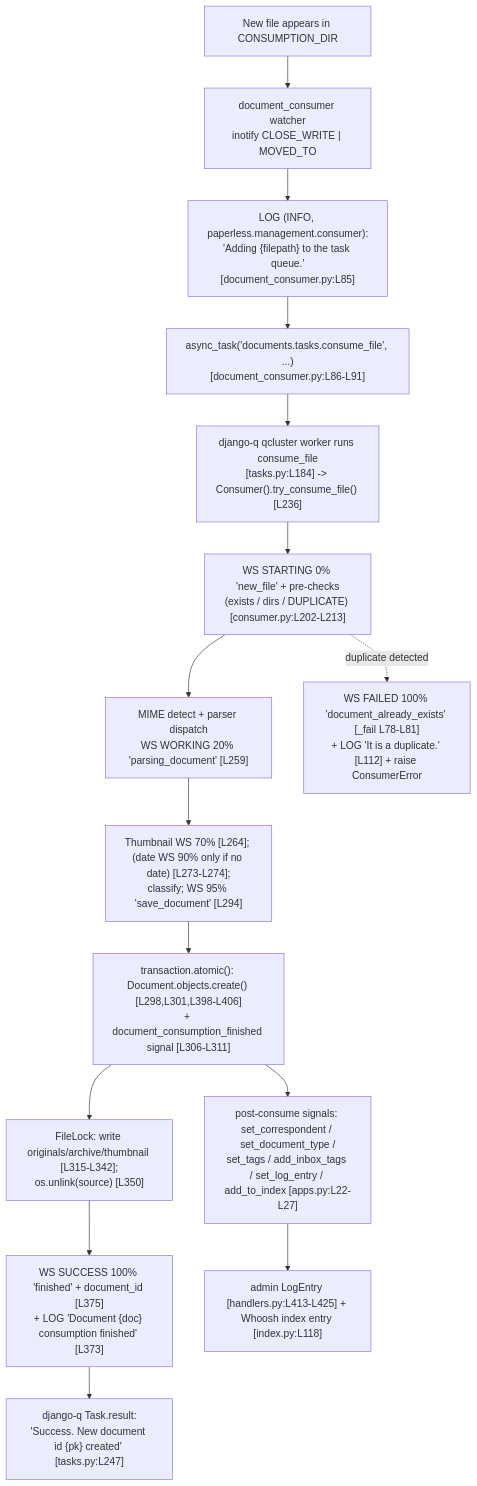
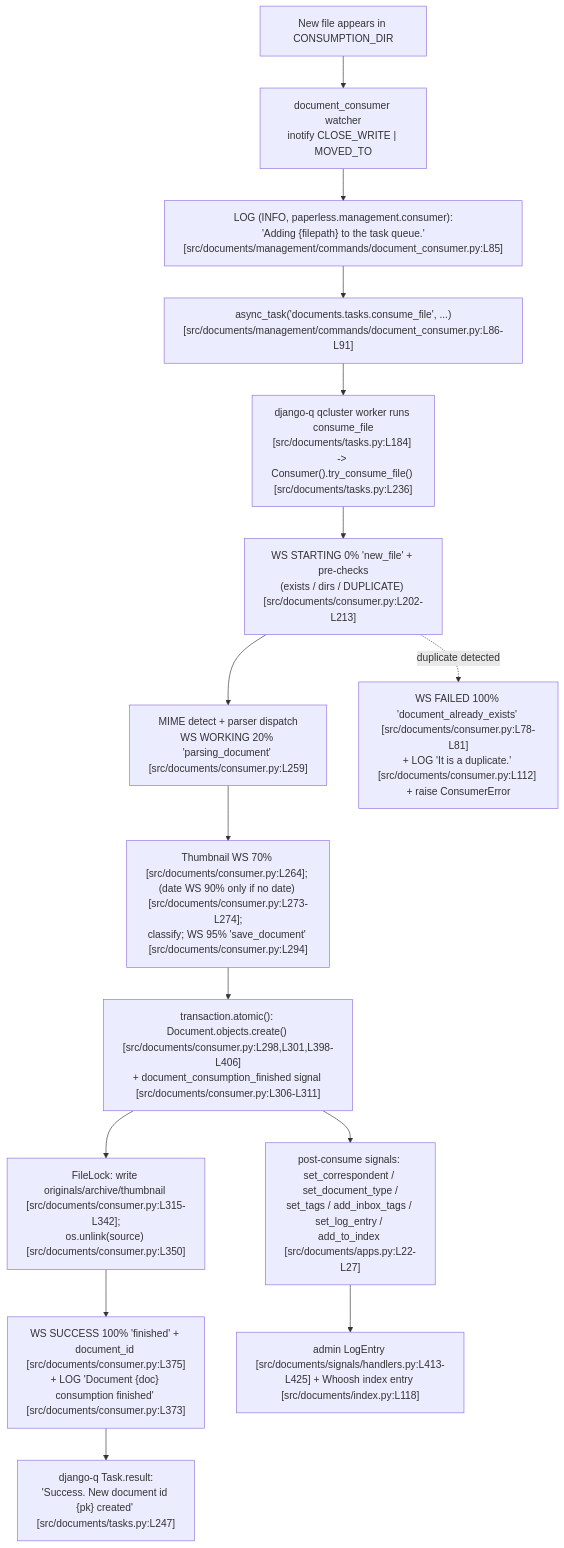
Before and after one commit to blitzy-research/paperless-ngx: the diagram in blitzy/documentation/paperless-ngx_542221a38dff.md, drawn with Mermaid. The commit also changed other lines of this file, not shown here.

First line of the commit message:
docs(blitzy): address code-review findings on Paperless-NGX ingestion Q&A

````diff
--- a/blitzy/documentation/paperless-ngx_542221a38dff.md
+++ b/blitzy/documentation/paperless-ngx_542221a38dff.md
@@ -55,17 +56,17 @@
 ```mermaid
 flowchart TD
     A["New file appears in CONSUMPTION_DIR"] --> B["document_consumer watcher<br/>inotify CLOSE_WRITE | MOVED_TO"]
-    B --> C["LOG (INFO, paperless.management.consumer):<br/>'Adding {filepath} to the task queue.'<br/>[document_consumer.py:L85]"]
-    C --> D["async_task('documents.tasks.consume_file', ...)<br/>[document_consumer.py:L86-L91]"]
-    D --> E["django-q qcluster worker runs consume_file<br/>[tasks.py:L184] -> Consumer().try_consume_file() [L236]"]
-    E --> F["WS STARTING 0% 'new_file' + pre-checks<br/>(exists / dirs / DUPLICATE) [consumer.py:L202-L213]"]
-    F --> G["MIME detect + parser dispatch<br/>WS WORKING 20% 'parsing_document' [L259]"]
-    G --> H["Thumbnail WS 70% [L264]; (date WS 90% only if no date) [L273-L274];<br/>classify; WS 95% 'save_document' [L294]"]
-    H --> I["transaction.atomic(): Document.objects.create() [L298,L301,L398-L406]<br/>+ document_consumption_finished signal [L306-L311]"]
-    I --> J["FileLock: write originals/archive/thumbnail [L315-L342];<br/>os.unlink(source) [L350]"]
-    J --> K["WS SUCCESS 100% 'finished' + document_id [L375]<br/>+ LOG 'Document {doc} consumption finished' [L373]"]
-    K --> L["django-q Task.result:<br/>'Success. New document id {pk} created' [tasks.py:L247]"]
-    I --> M["post-consume signals: set_correspondent / set_document_type /<br/>set_tags / add_inbox_tags / set_log_entry / add_to_index [apps.py:L22-L27]"]
-    M --> N["admin LogEntry [handlers.py:L413-L425] + Whoosh index entry [index.py:L118]"]
-    F -.->|duplicate detected| P["WS FAILED 100% 'document_already_exists' [_fail L78-L81]<br/>+ LOG 'It is a duplicate.' [L112] + raise ConsumerError"]
+    B --> C["LOG (INFO, paperless.management.consumer):<br/>'Adding {filepath} to the task queue.'<br/>[src/documents/management/commands/document_consumer.py:L85]"]
+    C --> D["async_task('documents.tasks.consume_file', ...)<br/>[src/documents/management/commands/document_consumer.py:L86-L91]"]
+    D --> E["django-q qcluster worker runs consume_file<br/>[src/documents/tasks.py:L184] -> Consumer().try_consume_file() [src/documents/tasks.py:L236]"]
+    E --> F["WS STARTING 0% 'new_file' + pre-checks<br/>(exists / dirs / DUPLICATE) [src/documents/consumer.py:L202-L213]"]
+    F --> G["MIME detect + parser dispatch<br/>WS WORKING 20% 'parsing_document' [src/documents/consumer.py:L259]"]
+    G --> H["Thumbnail WS 70% [src/documents/consumer.py:L264]; (date WS 90% only if no date) [src/documents/consumer.py:L273-L274];<br/>classify; WS 95% 'save_document' [src/documents/consumer.py:L294]"]
+    H --> I["transaction.atomic(): Document.objects.create() [src/documents/consumer.py:L298,L301,L398-L406]<br/>+ document_consumption_finished signal [src/documents/consumer.py:L306-L311]"]
+    I --> J["FileLock: write originals/archive/thumbnail [src/documents/consumer.py:L315-L342];<br/>os.unlink(source) [src/documents/consumer.py:L350]"]
+    J --> K["WS SUCCESS 100% 'finished' + document_id [src/documents/consumer.py:L375]<br/>+ LOG 'Document {doc} consumption finished' [src/documents/consumer.py:L373]"]
+    K --> L["django-q Task.result:<br/>'Success. New document id {pk} created' [src/documents/tasks.py:L247]"]
+    I --> M["post-consume signals: set_correspondent / set_document_type /<br/>set_tags / add_inbox_tags / set_log_entry / add_to_index [src/documents/apps.py:L22-L27]"]
+    M --> N["admin LogEntry [src/documents/signals/handlers.py:L413-L425] + Whoosh index entry [src/documents/index.py:L118]"]
+    F -.->|duplicate detected| P["WS FAILED 100% 'document_already_exists' [src/documents/consumer.py:L78-L81]<br/>+ LOG 'It is a duplicate.' [src/documents/consumer.py:L112] + raise ConsumerError"]
 ```
````
